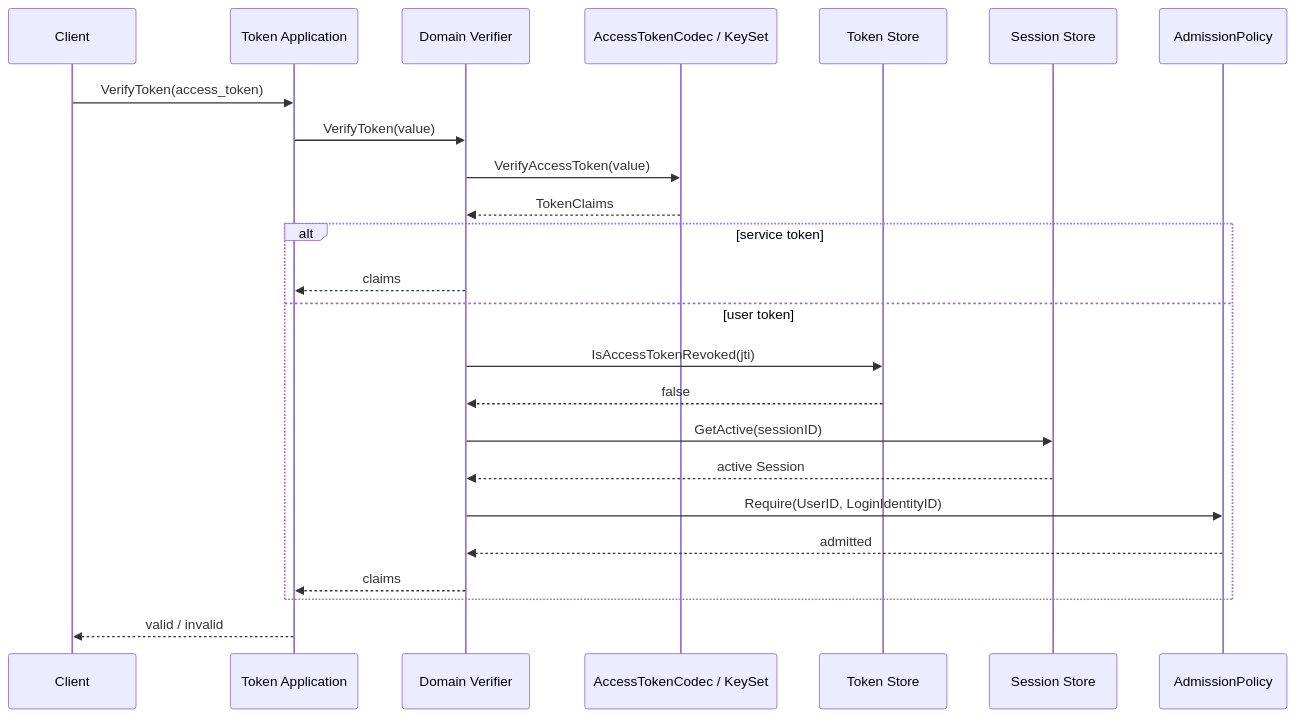
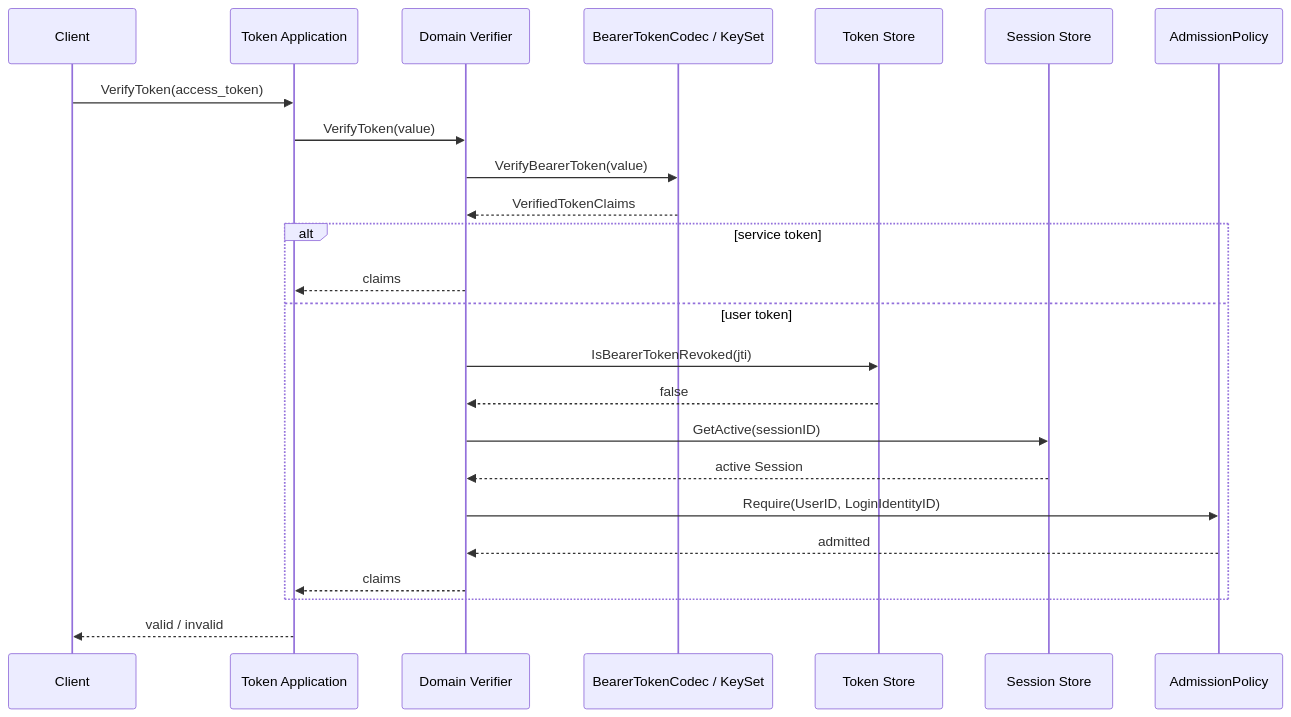
Before and after one commit to FangcunMount/iam: the third of 9 diagrams in docs/02-业务模块/02-AuthN/05-关键链路-Token签发刷新吊销.md, drawn with Mermaid. The commit also changed other lines of this file and 9 other files, not shown here.

````diff
--- a/docs/02-业务模块/02-AuthN/05-关键链路-Token签发刷新吊销.md
+++ b/docs/02-业务模块/02-AuthN/05-关键链路-Token签发刷新吊销.md
@@ -285,27 +285,27 @@
 ```mermaid
 sequenceDiagram
     participant C as Client
     participant A as Token Application
     participant V as Domain Verifier
-    participant Codec as AccessTokenCodec / KeySet
+    participant Codec as BearerTokenCodec / KeySet
     participant TS as Token Store
     participant SS as Session Store
     participant AP as AdmissionPolicy
 
     C->>A: VerifyToken(access_token)
     A->>V: VerifyToken(value)
-    V->>Codec: VerifyAccessToken(value)
-    Codec-->>V: TokenClaims
+    V->>Codec: VerifyBearerToken(value)
+    Codec-->>V: VerifiedTokenClaims
     alt service token
         V-->>A: claims
     else user token
-        V->>TS: IsAccessTokenRevoked(jti)
+        V->>TS: IsBearerTokenRevoked(jti)
         TS-->>V: false
         V->>SS: GetActive(sessionID)
         SS-->>V: active Session
         V->>AP: Require(UserID, LoginIdentityID)
         AP-->>V: admitted
         V-->>A: claims
     end
     A-->>C: valid / invalid
 ```
````
